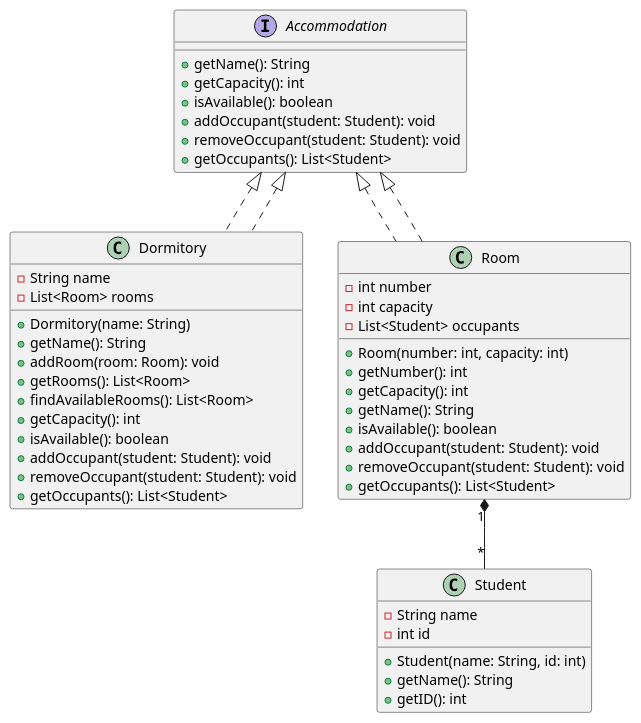
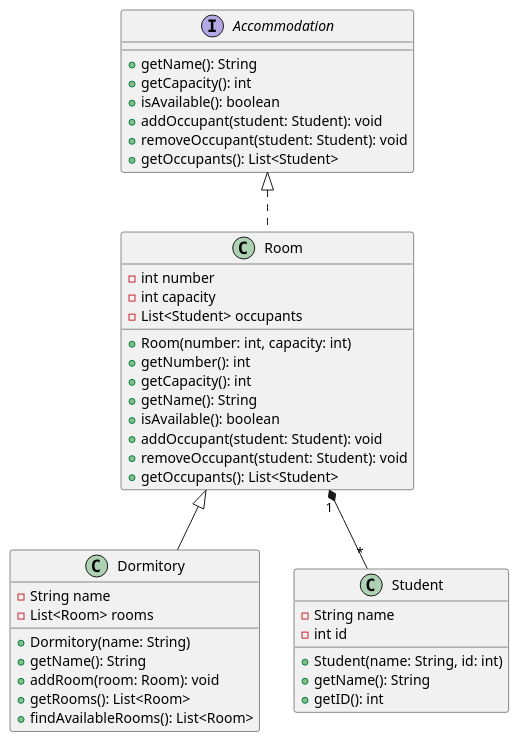
One commit to TSaavaMate/designPrincipes changed the diagram in designs/systems/dormitoryManagment/dormitory.puml. Above: the diagram before and after it, drawn with PlantUML. The commit also changed 26 other files, not shown here.

```diff
--- a/designs/systems/dormitoryManagment/dormitory.puml
+++ b/designs/systems/dormitoryManagment/dormitory.puml
@@ -1,53 +1,48 @@
 @startuml
 
 interface Accommodation {
   + getName(): String
-  + getCapacity(): int
-  + isAvailable(): boolean
-  + addOccupant(student: Student): void
-  + removeOccupant(student: Student): void
-  + getOccupants(): List<Student>
-}
-
-class Dormitory implements Accommodation {
-  - String name
-  - List<Room> rooms
-  + Dormitory(name: String)
-  + getName(): String
-  + addRoom(room: Room): void
-  + getRooms(): List<Room>
-  + findAvailableRooms(): List<Room>
   + getCapacity(): int
   + isAvailable(): boolean
   + addOccupant(student: Student): void
   + removeOccupant(student: Student): void
   + getOccupants(): List<Student>
 }
 
 class Room implements Accommodation {
   - int number
   - int capacity
   - List<Student> occupants
   + Room(number: int, capacity: int)
   + getNumber(): int
   + getCapacity(): int
   + getName(): String
   + isAvailable(): boolean
   + addOccupant(student: Student): void
   + removeOccupant(student: Student): void
   + getOccupants(): List<Student>
 }
 
+class Dormitory extends Room   {
+  - String name
+  - List<Room> rooms
+  + Dormitory(name: String)
+  + getName(): String
+  + addRoom(room: Room): void
+  + getRooms(): List<Room>
+  + findAvailableRooms(): List<Room>
+}
+
+
+
 class Student {
   - String name
   - int id
   + Student(name: String, id: int)
   + getName(): String
   + getID(): int
 }
 
-Accommodation <|.. Dormitory
-Accommodation <|.. Room
 Room "1" *-- "*" Student
 
 @enduml
```
